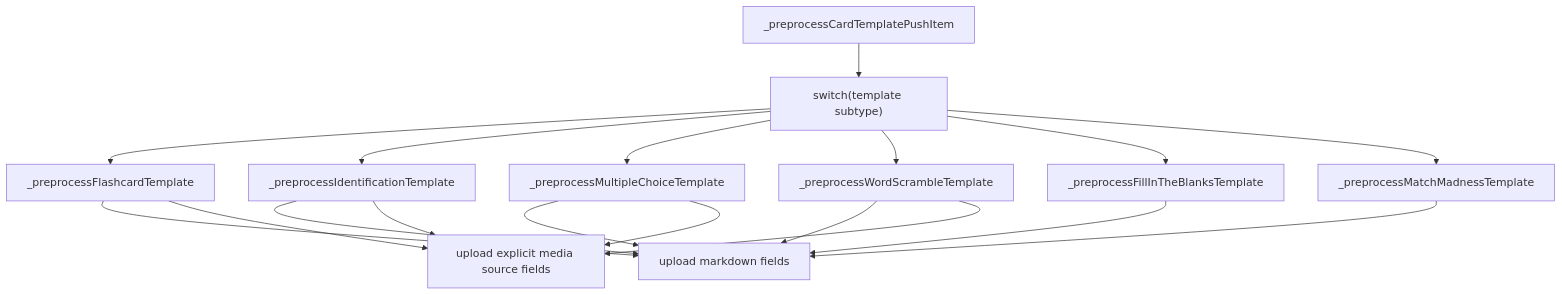
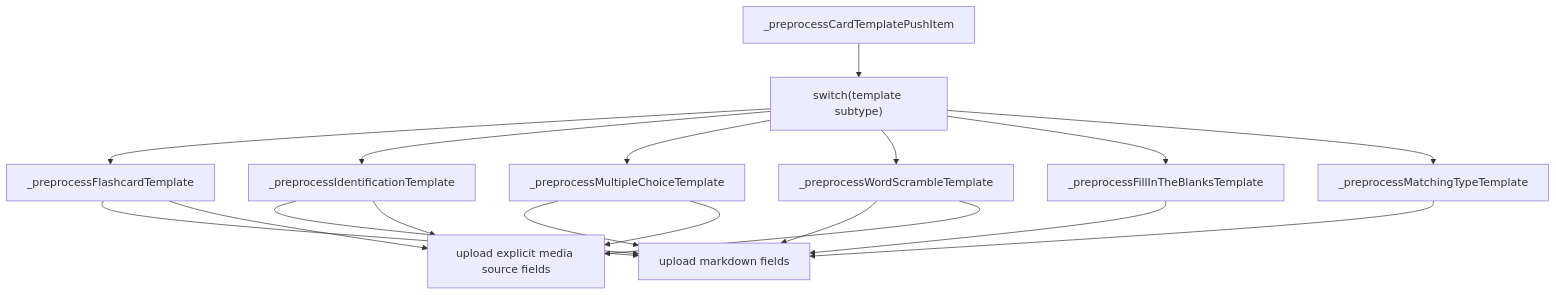
The fifth of 18 diagrams in documentation/refactor/stored_media_sync_refactor_graphs.md (GuyWithBag/boo_mondai), drawn with Mermaid before and after one commit. The commit also changed other lines of this file and 11 other files, not shown here.

Commit message:
docs(context): update card template import fixtures

````diff
--- a/documentation/refactor/stored_media_sync_refactor_graphs.md
+++ b/documentation/refactor/stored_media_sync_refactor_graphs.md
@@ -132,25 +132,25 @@
 ```mermaid
 flowchart TD
     CardPreprocess["_preprocessCardTemplatePushItem"]
 
     CardPreprocess --> Switch["switch(template subtype)"]
 
     Switch --> Flashcard["_preprocessFlashcardTemplate"]
     Switch --> Identification["_preprocessIdentificationTemplate"]
     Switch --> MultipleChoice["_preprocessMultipleChoiceTemplate"]
     Switch --> WordScramble["_preprocessWordScrambleTemplate"]
     Switch --> FillBlanks["_preprocessFillInTheBlanksTemplate"]
-    Switch --> MatchMadness["_preprocessMatchMadnessTemplate"]
+    Switch --> MatchingType["_preprocessMatchingTypeTemplate"]
 
     Flashcard --> CardMarkdown["upload markdown fields"]
     Identification --> CardMarkdown
     MultipleChoice --> CardMarkdown
     WordScramble --> CardMarkdown
     FillBlanks --> CardMarkdown
-    MatchMadness --> CardMarkdown
+    MatchingType --> CardMarkdown
 
     Flashcard --> CardSource["upload explicit media source fields"]
     Identification --> CardSource
     MultipleChoice --> CardSource
     WordScramble --> CardSource
 ```
````
